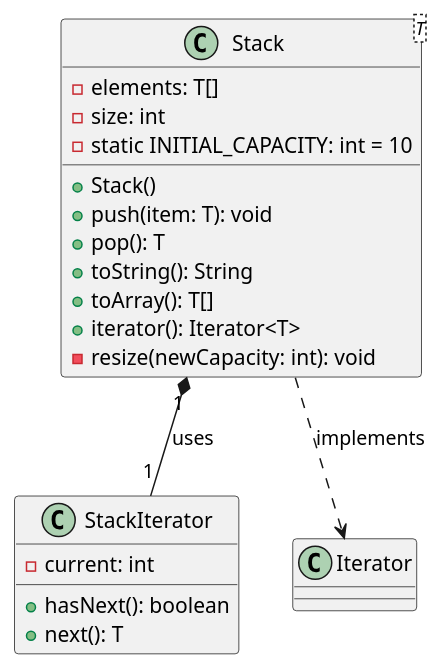
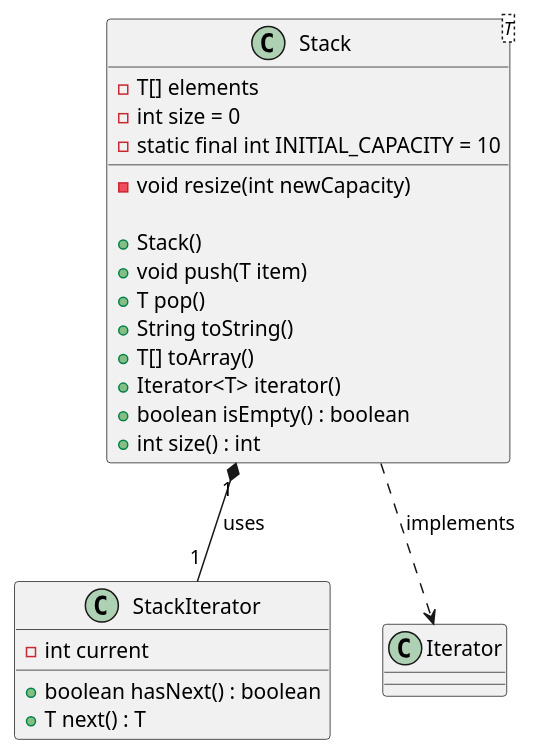
One commit to Dansnts/POO-Labo7 changed the diagram in UML_Diagrams/Stack_uml.puml. Above: the diagram before and after it, drawn with PlantUML. The commit also changed 15 other files, not shown here.

Commit message:
Tests OK + mise a jour finale des UML

```diff
--- a/UML_Diagrams/Stack_uml.puml
+++ b/UML_Diagrams/Stack_uml.puml
@@ -1,25 +1,28 @@
 @startuml Stack
 
 class Stack<T> {
-  - elements: T[]
-  - size: int
-  - static INITIAL_CAPACITY: int = 10
+  - T[] elements
+  - int size = 0
+  - static final int INITIAL_CAPACITY = 10
+- void resize(int newCapacity)
+
   + Stack()
-  + push(item: T): void
-  + pop(): T
-  + toString(): String
-  + toArray(): T[]
-  + iterator(): Iterator<T>
-  - resize(newCapacity: int): void
+  + void push(T item)
+  + T pop()
+  + String toString()
+  + T[] toArray()
+  + Iterator<T> iterator()
+  + boolean isEmpty() : boolean
+  + int size() : int
 }
 
 class StackIterator {
-  - current: int
-  + hasNext(): boolean
-  + next(): T
+  - int current
+  + boolean hasNext() : boolean
+  + T next() : T
 }
 
 Stack "1" *-- "1" StackIterator : uses
 Stack ..> Iterator : implements
 
 @enduml
```
